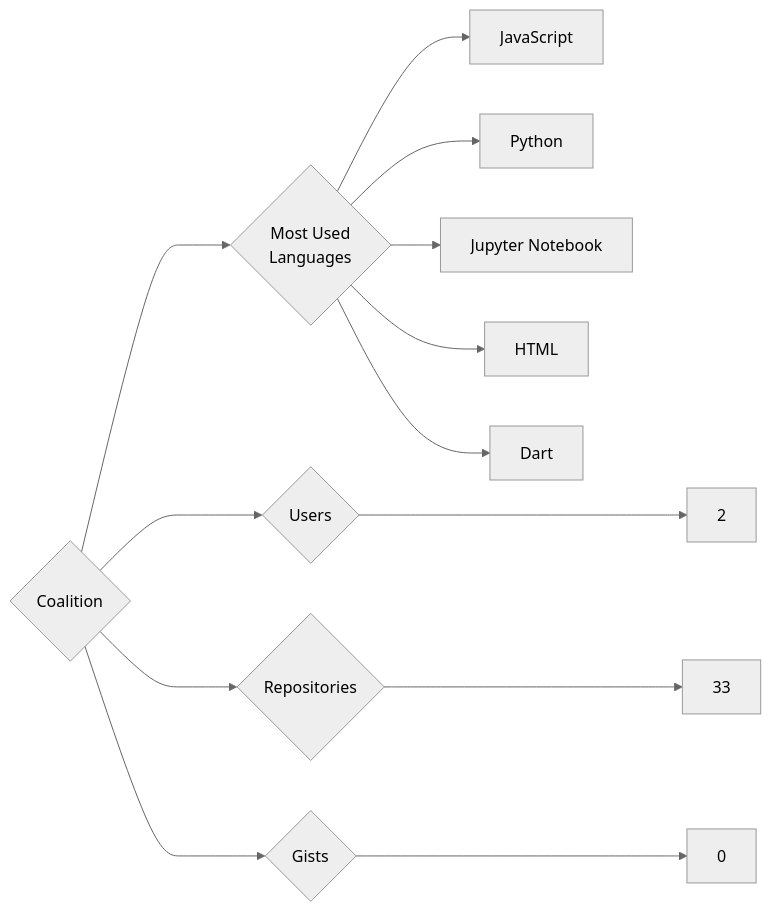
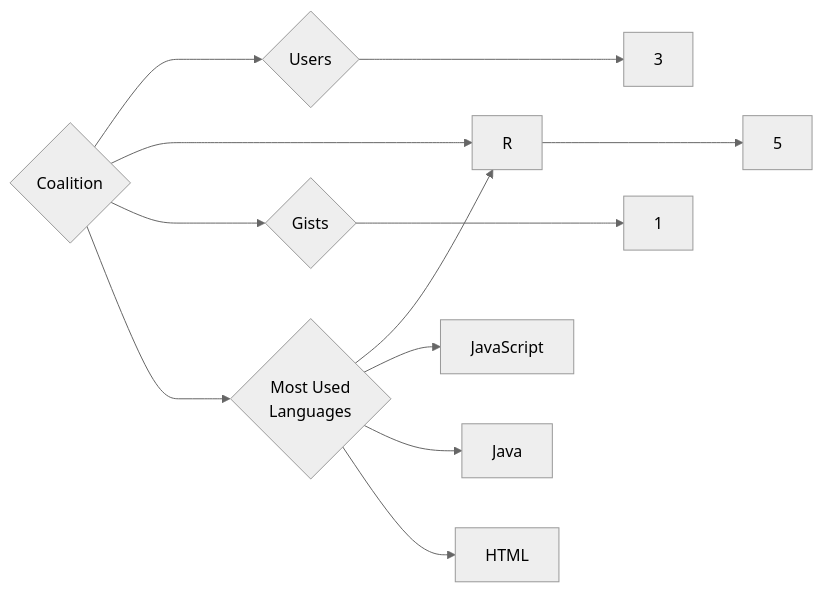
The diagram in targets/Coalition/README.md (trickest/insiders), drawn with Mermaid (neutral theme) before and after one commit. The commit also changed 888 other files, not shown here.

````diff
--- a/targets/Coalition/README.md
+++ b/targets/Coalition/README.md
@@ -3,13 +3,12 @@
 ```mermaid
 graph LR
 COMPANY_NAME{Coalition}
-COMPANY_NAME ---> U{Users} ---> UN[2]
-COMPANY_NAME ---> R{Repositories} ---> RN[33]
-COMPANY_NAME ---> G{Gists} ---> GN[0]
+COMPANY_NAME ---> U{Users} ---> UN[3]
+COMPANY_NAME ---> R{Repositories} ---> RN[5]
+COMPANY_NAME ---> G{Gists} ---> GN[1]
 COMPANY_NAME ---> ML{Most Used<br>Languages}
+ML --> R[R]
 ML --> JavaScript[JavaScript]
-ML --> Python[Python]
-ML --> Jupyter_Notebook[Jupyter Notebook]
+ML --> Java[Java]
 ML --> HTML[HTML]
-ML --> Dart[Dart]
 ```
````
